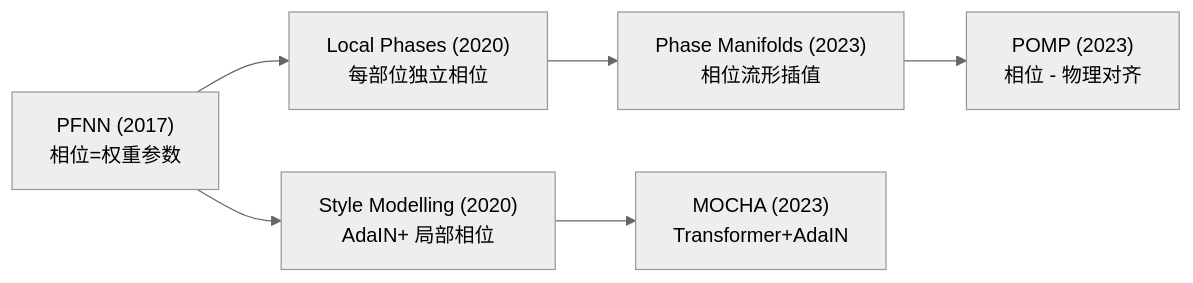
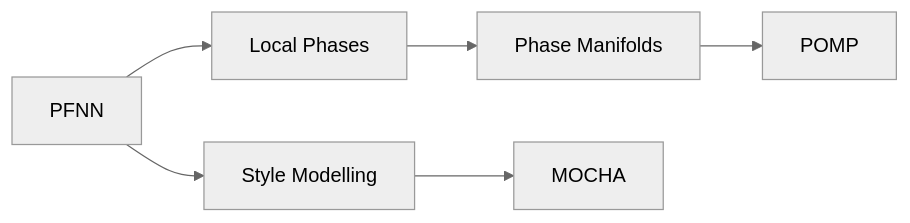
The second of 26 diagrams in src/Locomotion_Survey.md (CaterpillarStudyGroup/GAMES105_mdbook), drawn with Mermaid (neutral theme) before and after one commit. The commit also changed other lines of this file, not shown here.

````diff
--- a/src/Locomotion_Survey.md
+++ b/src/Locomotion_Survey.md
@@ -87,8 +85,8 @@
 ```mermaid
 flowchart LR
-    PFNN["PFNN (2017)<br/>相位=权重参数"] --> LP["Local Phases (2020)<br/>每部位独立相位"]
-    PFNN --> SM["Style Modelling (2020)<br/>AdaIN+ 局部相位"]
-    LP --> PM["Phase Manifolds (2023)<br/>相位流形插值"]
-    SM --> MOCHA["MOCHA (2023)<br/>Transformer+AdaIN"]
-    PM --> POMP["POMP (2023)<br/>相位 - 物理对齐"]
+    PFNN --> LP["Local Phases"]
+    PFNN --> SM["Style Modelling"]
+    LP --> PM["Phase Manifolds"]
+    SM --> MOCHA
+    PM --> POMP
 ```
````
